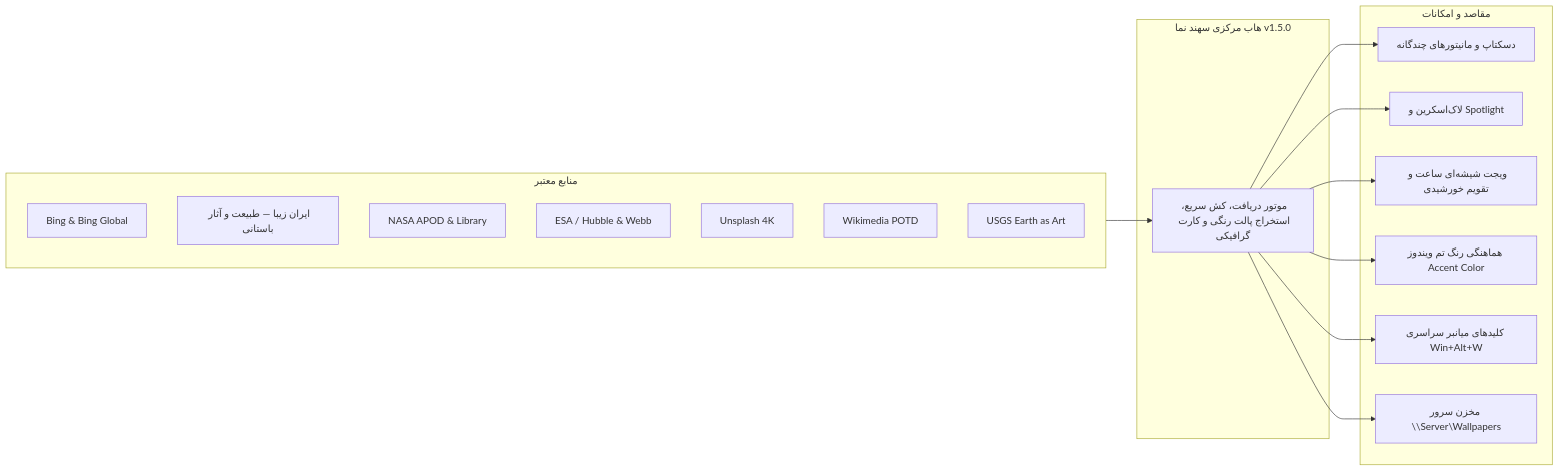
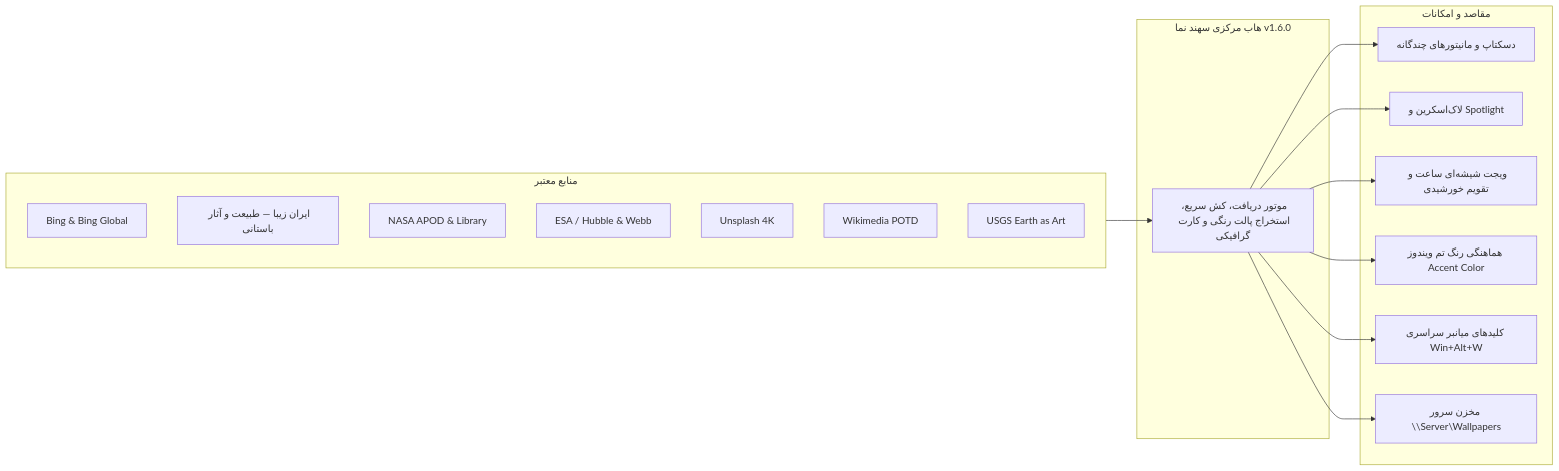
One commit to taimazus/SetWinWallpaper changed the diagram in README.md. Above: the diagram before and after it, drawn with Mermaid. The commit also changed other lines of this file and 10 other files, not shown here.

````diff
--- a/README.md
+++ b/README.md
@@ -32,33 +32,33 @@
 ```mermaid
 graph LR
     subgraph Sources ["منابع معتبر"]
         B[Bing & Bing Global]
         IR[ایران زیبا — طبیعت و آثار باستانی]
         N[NASA APOD & Library]
         H[ESA / Hubble & Webb]
         U[Unsplash 4K]
         W[Wikimedia POTD]
         E[USGS Earth as Art]
     end
     
-    subgraph Engine ["هاب مرکزی سهند نما v1.5.0"]
+    subgraph Engine ["هاب مرکزی سهند نما v1.6.0"]
         Core[موتور دریافت، کش سریع، استخراج پالت رنگی و کارت گرافیکی]
     end
     
     subgraph Targets ["مقاصد و امکانات"]
         D[دسکتاپ و مانیتورهای چندگانه]
         L[لاک‌اسکرین و Spotlight]
         WID[ویجت شیشه‌ای ساعت و تقویم خورشیدی]
         CLR[هماهنگی رنگ تم ویندوز Accent Color]
         HK[کلیدهای میانبر سراسری Win+Alt+W]
         S[مخزن سرور \\Server\Wallpapers]
     end
     
     Sources --> Core
     Core --> D
     Core --> L
     Core --> WID
     Core --> CLR
     Core --> HK
     Core --> S
 ```
````
